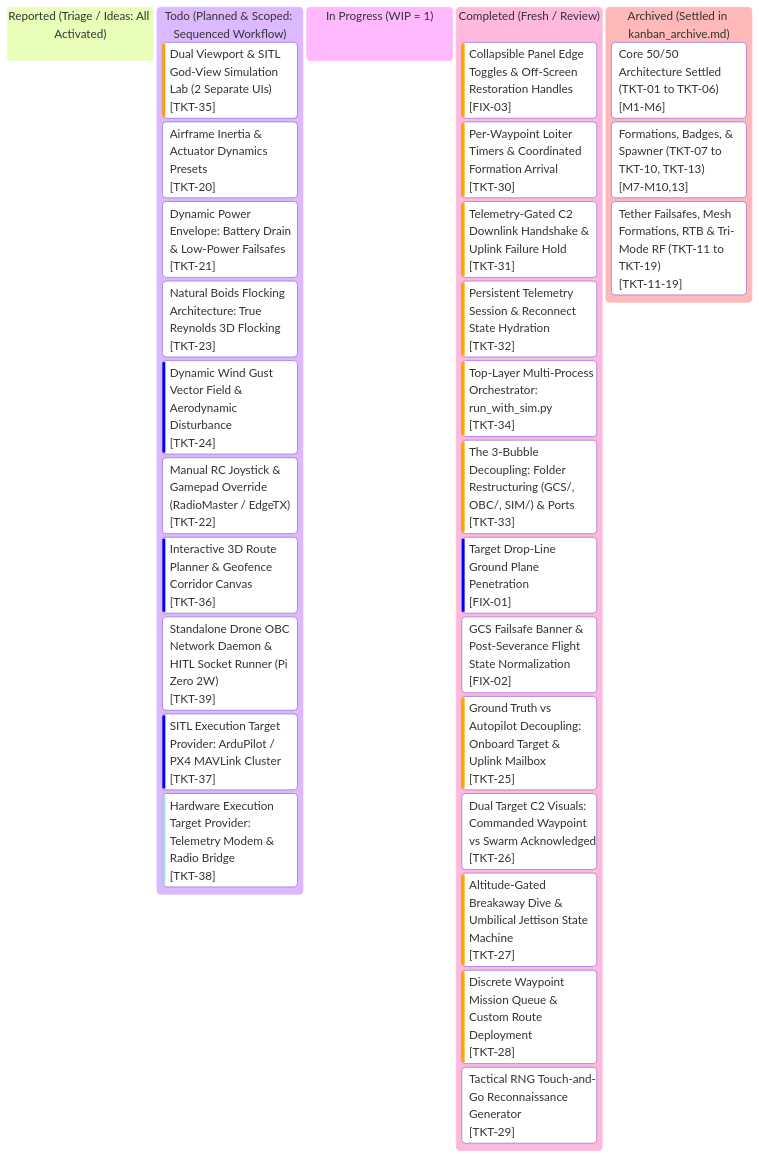
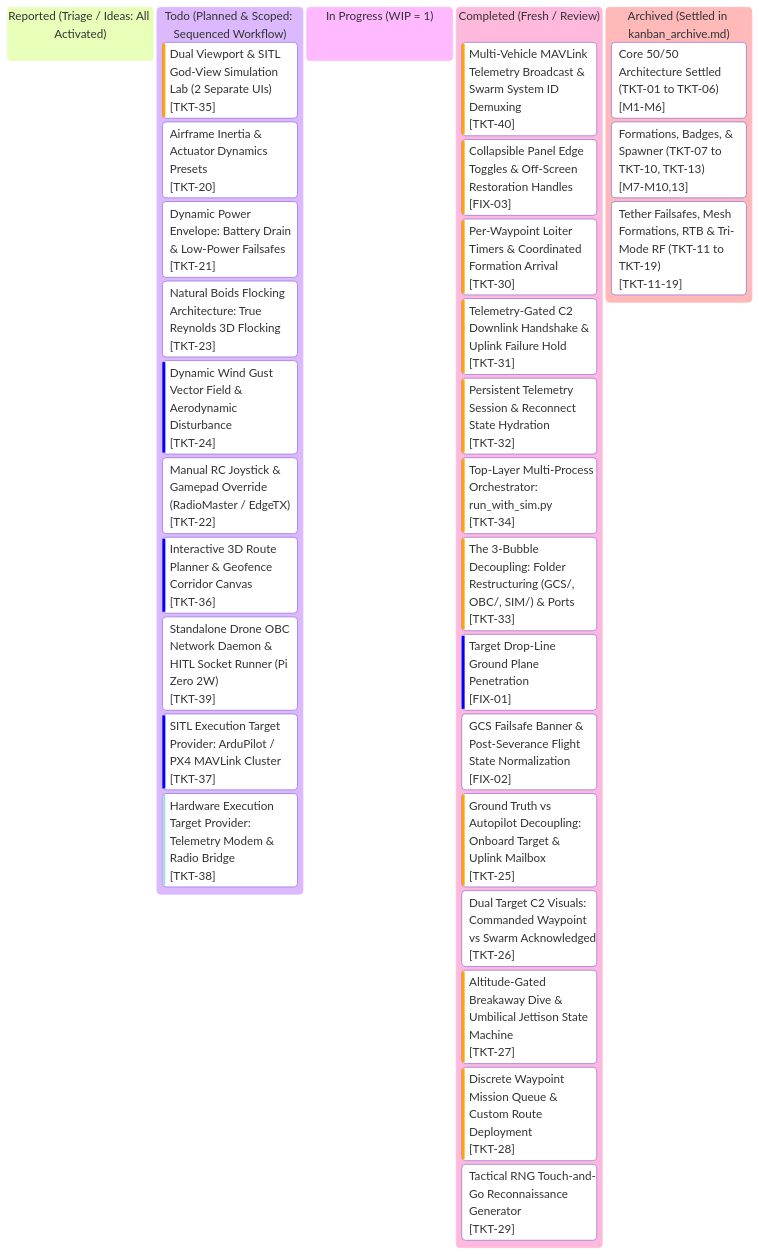
The diagram in kanban.md (AlitheiaDeus/SwarmTech_v3-Uprising), drawn with Mermaid before and after one commit. The commit also changed other lines of this file and 6 other files, not shown here.

First line of the commit message:
feat(mavlink): multi-vehicle sysid broadcast [TKT-40] & fix panel collapse visibility [FIX-03]

````diff
--- a/kanban.md
+++ b/kanban.md
@@ -10,54 +10,55 @@
 ```mermaid
 %%{init: {
   'theme': 'base',
   'themeVariables': {
     'primaryColor': '#0d2235',
     'primaryTextColor': '#d4f4ff',
     'primaryBorderColor': '#00f0ff',
     'lineColor': '#00f0ff',
     'background': '#061019',
     'mainBkg': '#0a1926',
     'secondaryColor': '#081420',
     'secondaryTextColor': '#5a7e96',
     'secondaryBorderColor': '#134e6f',
     'tertiaryColor': '#0e263d',
     'tertiaryTextColor': '#00ffaa',
     'tertiaryBorderColor': '#00ffaa',
     'clusterBkg': '#081420',
     'clusterBorder': '#134e6f',
     'fontFamily': "'JetBrains Mono', 'Courier New', monospace"
   }
 }}%%
 kanban
   reported["Reported (Triage / Ideas: All Activated)"]
   todo["Todo (Planned & Scoped: Sequenced Workflow)"]
     tkt35["Dual Viewport & SITL God-View Simulation Lab (2 Separate UIs)"]@{ ticket: '[TKT-35]', priority: 'High' }
     tkt20["Airframe Inertia & Actuator Dynamics Presets"]@{ ticket: '[TKT-20]', priority: 'Medium' }
     tkt21["Dynamic Power Envelope: Battery Drain & Low-Power Failsafes"]@{ ticket: '[TKT-21]', priority: 'Medium' }
     tkt23["Natural Boids Flocking Architecture: True Reynolds 3D Flocking"]@{ ticket: '[TKT-23]', priority: 'Medium' }
     tkt24["Dynamic Wind Gust Vector Field & Aerodynamic Disturbance"]@{ ticket: '[TKT-24]', priority: 'Low' }
     tkt22["Manual RC Joystick & Gamepad Override (RadioMaster / EdgeTX)"]@{ ticket: '[TKT-22]', priority: 'Medium' }
     tkt36["Interactive 3D Route Planner & Geofence Corridor Canvas"]@{ ticket: '[TKT-36]', priority: 'Low' }
     tkt39["Standalone Drone OBC Network Daemon & HITL Socket Runner (Pi Zero 2W)"]@{ ticket: '[TKT-39]', priority: 'Medium' }
     tkt37["SITL Execution Target Provider: ArduPilot / PX4 MAVLink Cluster"]@{ ticket: '[TKT-37]', priority: 'Low' }
     tkt38["Hardware Execution Target Provider: Telemetry Modem & Radio Bridge"]@{ ticket: '[TKT-38]', priority: 'Very Low' }
   in_progress["In Progress (WIP = 1)"]
   completed["Completed (Fresh / Review)"]
+    tkt40["Multi-Vehicle MAVLink Telemetry Broadcast & Swarm System ID Demuxing"]@{ ticket: '[TKT-40]', priority: 'High' }
     fix03["Collapsible Panel Edge Toggles & Off-Screen Restoration Handles"]@{ ticket: '[FIX-03]', priority: 'High' }
     tkt30["Per-Waypoint Loiter Timers & Coordinated Formation Arrival"]@{ ticket: '[TKT-30]', priority: 'High' }
     tkt31["Telemetry-Gated C2 Downlink Handshake & Uplink Failure Hold"]@{ ticket: '[TKT-31]', priority: 'High' }
     tkt32["Persistent Telemetry Session & Reconnect State Hydration"]@{ ticket: '[TKT-32]', priority: 'High' }
     tkt34["Top-Layer Multi-Process Orchestrator: run_with_sim.py"]@{ ticket: '[TKT-34]', priority: 'High' }
     tkt33["The 3-Bubble Decoupling: Folder Restructuring (GCS/, OBC/, SIM/) & Ports"]@{ ticket: '[TKT-33]', priority: 'High' }
     fix01["Target Drop-Line Ground Plane Penetration"]@{ ticket: '[FIX-01]', priority: 'Low' }
     fix02["GCS Failsafe Banner & Post-Severance Flight State Normalization"]@{ ticket: '[FIX-02]', priority: 'Medium' }
     tkt25["Ground Truth vs Autopilot Decoupling: Onboard Target & Uplink Mailbox"]@{ ticket: '[TKT-25]', priority: 'High' }
     tkt26["Dual Target C2 Visuals: Commanded Waypoint vs Swarm Acknowledged"]@{ ticket: '[TKT-26]', priority: 'Medium' }
     tkt27["Altitude-Gated Breakaway Dive & Umbilical Jettison State Machine"]@{ ticket: '[TKT-27]', priority: 'High' }
     tkt28["Discrete Waypoint Mission Queue & Custom Route Deployment"]@{ ticket: '[TKT-28]', priority: 'High' }
     tkt29["Tactical RNG Touch-and-Go Reconnaissance Generator"]@{ ticket: '[TKT-29]', priority: 'Medium' }
   archived["Archived (Settled in kanban_archive.md)"]
     arch_m1_6["Core 50/50 Architecture Settled (TKT-01 to TKT-06)"]@{ ticket: '[M1-M6]' }
     arch_m7_10_13["Formations, Badges, & Spawner (TKT-07 to TKT-10, TKT-13)"]@{ ticket: '[M7-M10,13]' }
     arch_m11_19["Tether Failsafes, Mesh Formations, RTB & Tri-Mode RF (TKT-11 to TKT-19)"]@{ ticket: '[TKT-11-19]' }
 ```
````
